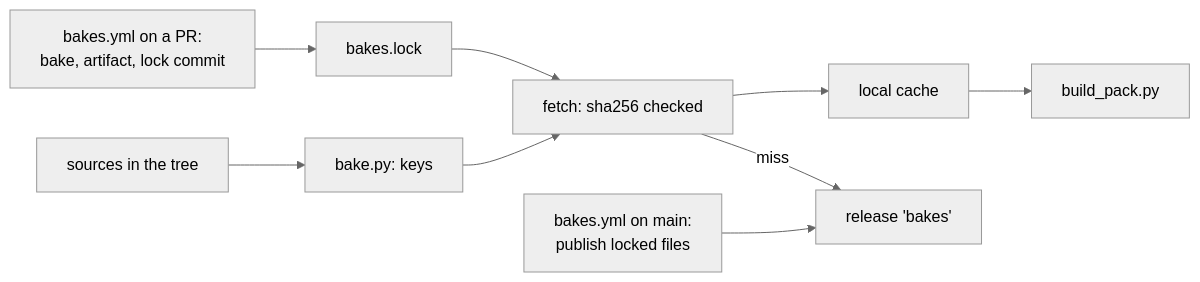
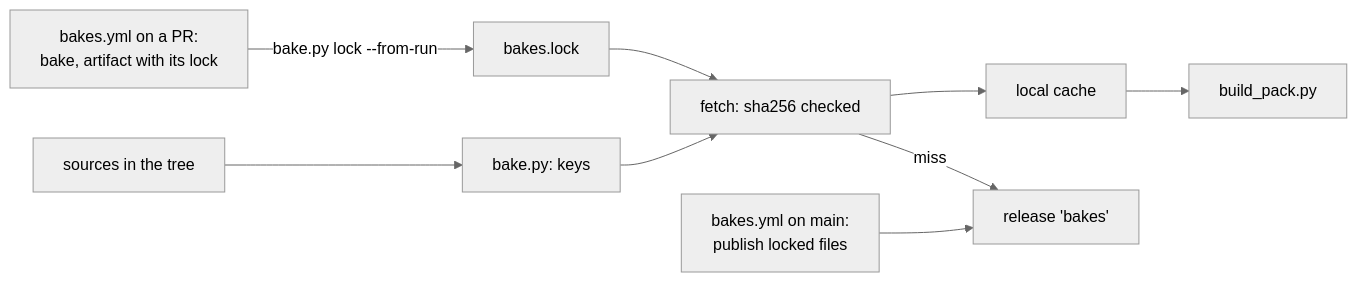
One commit to jose-villegas/autana changed the diagram in docs/plans/Cached-Bakes-Design-Sketch.md. Above: the diagram before and after it, drawn with Mermaid (neutral theme). The commit also changed other lines of this file, not shown here.

Commit message:
docs: cached bakes sketch, Rendering's sign-off and defaults for the open questions

````diff
--- a/docs/plans/Cached-Bakes-Design-Sketch.md
+++ b/docs/plans/Cached-Bakes-Design-Sketch.md
@@ -100,11 +101,11 @@
 ```mermaid
 flowchart LR
     Src["sources in the tree"] --> Key["bake.py: keys"]
     Lock["bakes.lock"] --> Fetch["fetch: sha256 checked"]
     Key --> Fetch
     Fetch --> Local["local cache"]
     Fetch -- miss --> Rel["release 'bakes'"]
     Local --> Pack["build_pack.py"]
-    PR["bakes.yml on a PR:<br/>bake, artifact, lock commit"] --> Lock
+    PR["bakes.yml on a PR:<br/>bake, artifact with its lock"] -- "bake.py lock --from-run" --> Lock
     Main["bakes.yml on main:<br/>publish locked files"] --> Rel
 ```
````
